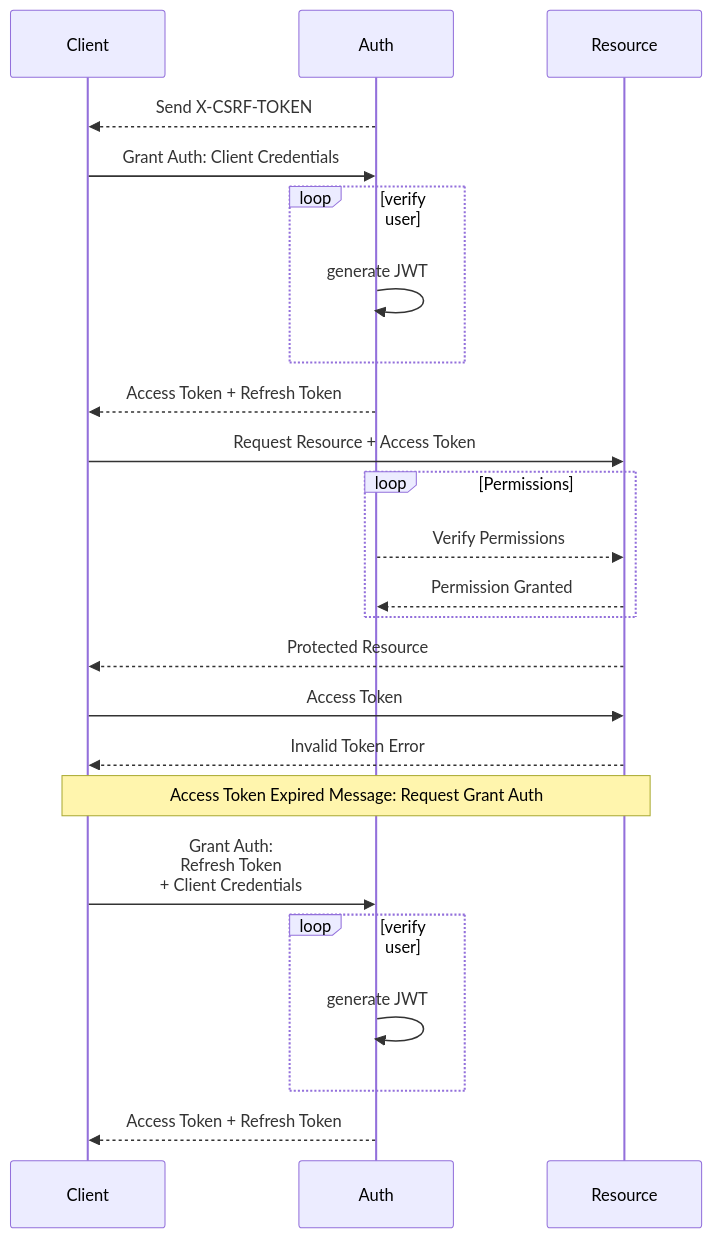
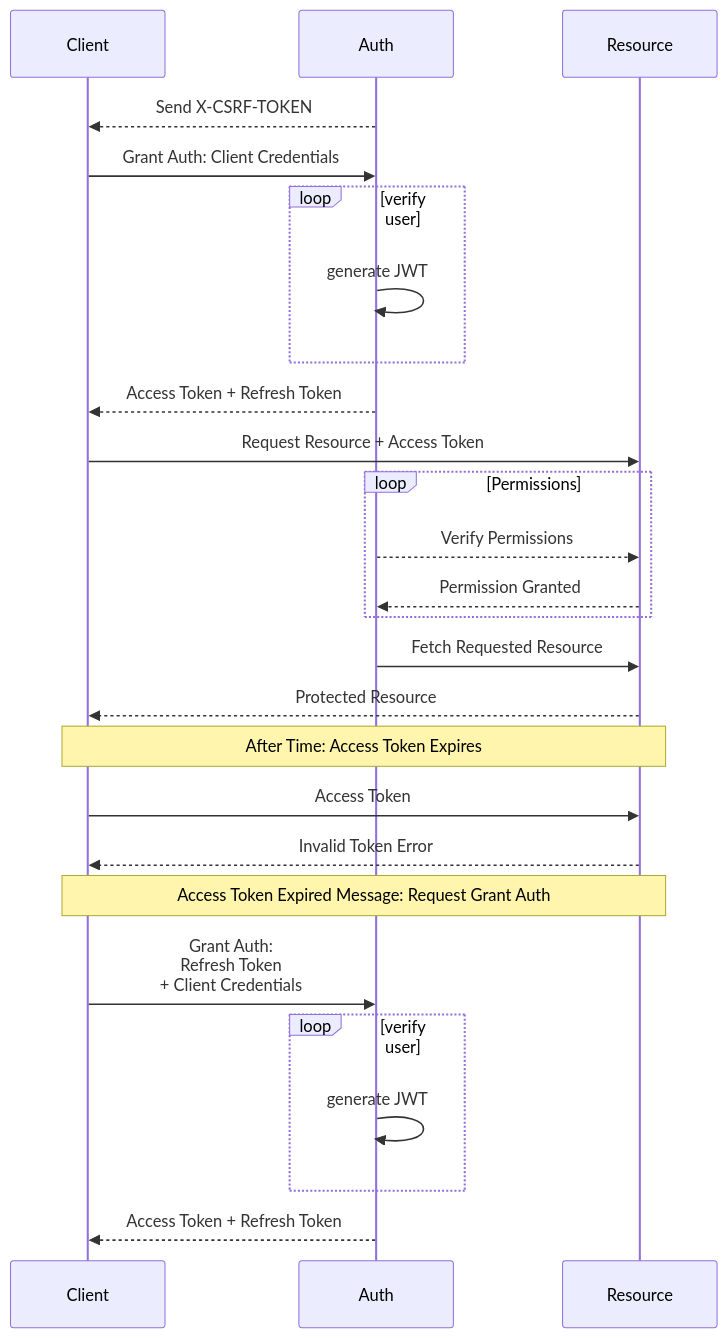
The diagram in SECURITY.md (joeygrable94/GCAPI-Backend), drawn with Mermaid before and after one commit.

Commit message:
updated auth flow in security docs

````diff
--- a/SECURITY.md
+++ b/SECURITY.md
@@ -62,26 +62,28 @@
 ```mermaid
 sequenceDiagram
     participant Client
     participant Auth
     participant Resource
     Auth-->>Client: Send X-CSRF-TOKEN
     Client->>Auth: Grant Auth: Client Credentials
     loop verify user
         Auth->>Auth: generate JWT
     end
     Auth-->>Client: Access Token + Refresh Token
     Client->>Resource: Request Resource + Access Token
     loop Permissions
         Auth-->>Resource: Verify Permissions
         Resource-->>Auth: Permission Granted
     end
+    Auth->>Resource: Fetch Requested Resource
     Resource-->>Client: Protected Resource
+    Note over Client,Resource: After Time: Access Token Expires
     Client->>Resource: Access Token
     Resource-->>Client: Invalid Token Error
     Note over Client,Resource: Access Token Expired Message: Request Grant Auth
     Client->>Auth: Grant Auth:<br/>Refresh Token<br/>+ Client Credentials
     loop verify user
         Auth->>Auth: generate JWT
     end
     Auth-->>Client: Access Token + Refresh Token
 ```
````
